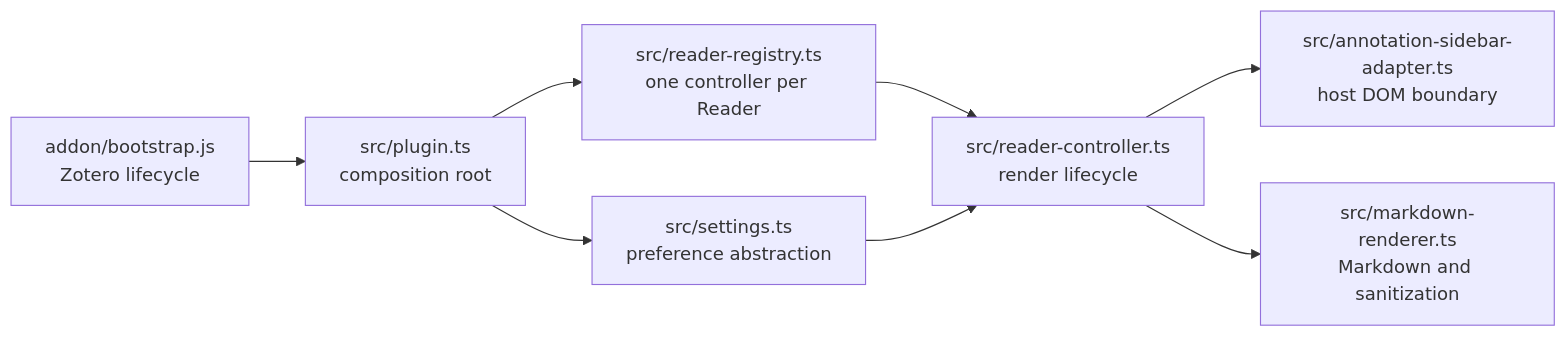
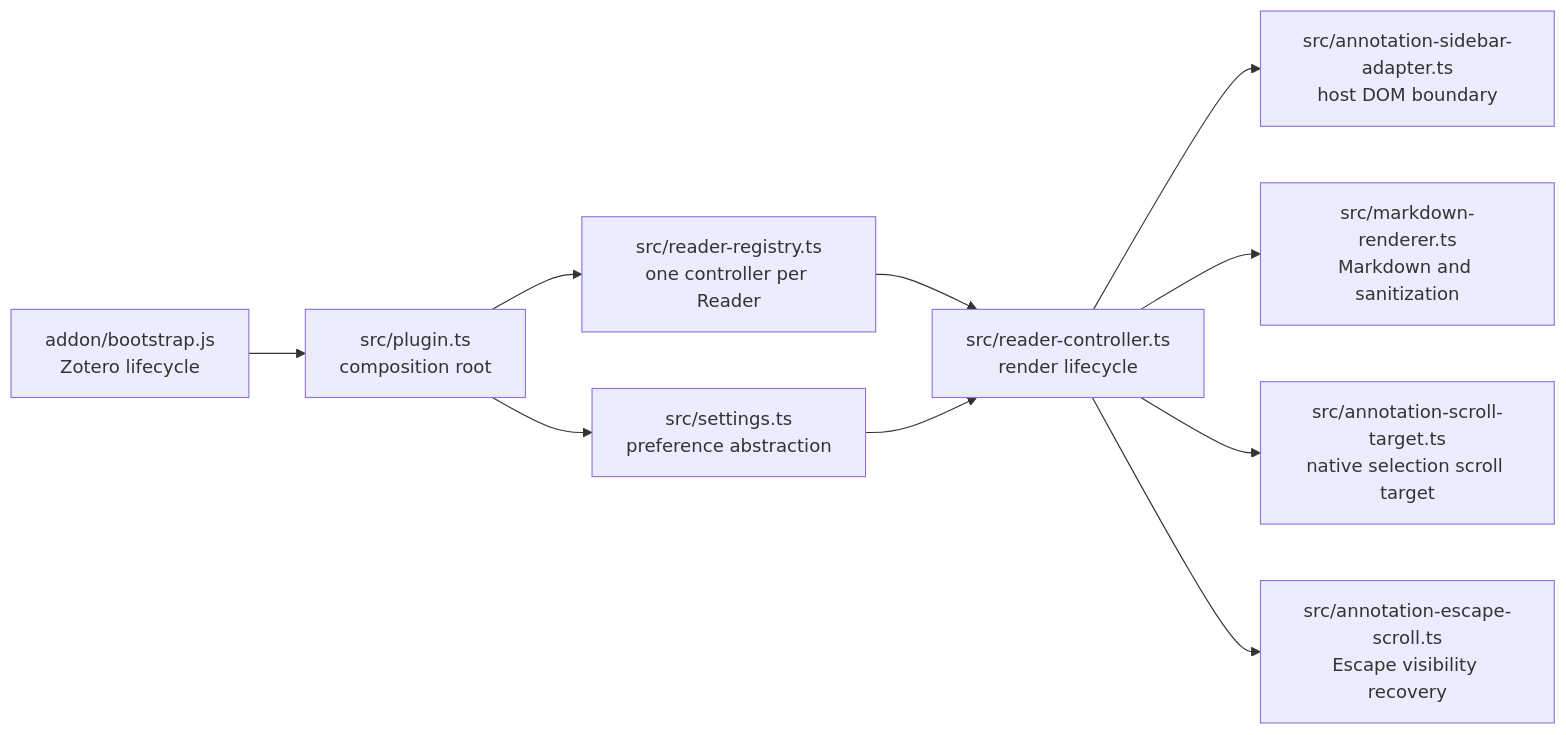
The first of 2 diagrams in docs/en/architecture.md (qrkks/zotero-annotation-markdown), drawn with Mermaid before and after one commit. The commit also changed other lines of this file and 7 other files, not shown here.

````diff
--- a/docs/en/architecture.md
+++ b/docs/en/architecture.md
@@ -9,10 +9,12 @@
 ```mermaid
 flowchart LR
     A["addon/bootstrap.js<br>Zotero lifecycle"] --> B["src/plugin.ts<br>composition root"]
     B --> C["src/reader-registry.ts<br>one controller per Reader"]
     C --> D["src/reader-controller.ts<br>render lifecycle"]
     D --> E["src/annotation-sidebar-adapter.ts<br>host DOM boundary"]
     D --> F["src/markdown-renderer.ts<br>Markdown and sanitization"]
+    D --> H["src/annotation-scroll-target.ts<br>native selection scroll target"]
+    D --> I["src/annotation-escape-scroll.ts<br>Escape visibility recovery"]
     B --> G["src/settings.ts<br>preference abstraction"]
     G --> D
 ```
````
